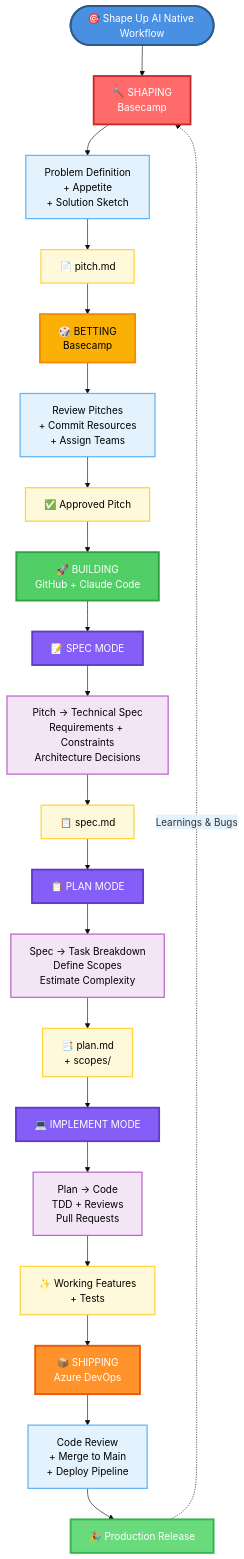
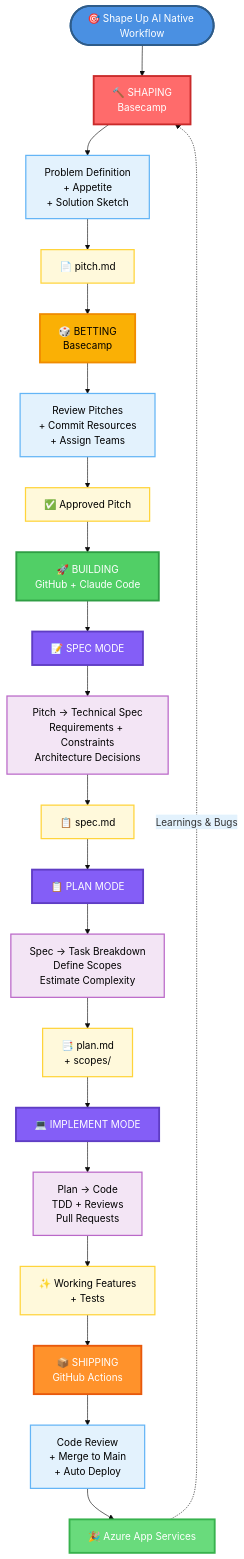
Before and after one commit to sergiolindolfoferreira/shape-up-ai-native: the diagram in assets/workflow-diagram.mmd, drawn with Mermaid. The commit also changed 3 other files, not shown here.

First line of the commit message:
Fix SHIPPING phase: Azure DevOps → GitHub Actions + Azure App Services

```diff
--- a/assets/workflow-diagram.mmd
+++ b/assets/workflow-diagram.mmd
@@ -1,52 +1,52 @@
 %%{init: {'theme':'base', 'themeVariables': { 'primaryColor':'#FFE5B4','secondaryColor':'#E3F2FD','tertiaryColor':'#F3E5F5','primaryBorderColor':'#FF6B6B','secondaryBorderColor':'#4ECDC4','tertiaryBorderColor':'#95E1D3'}}}%%
 
 graph TD
     Start([🎯 Shape Up AI Native Workflow]):::startNode
     
     %% SHAPING PHASE
     Start --> Shaping[🔨 SHAPING<br/>Basecamp]:::shapingNode
     Shaping --> ShapingWork[Problem Definition<br/>+ Appetite<br/>+ Solution Sketch]:::workNode
     ShapingWork --> PitchOut[📄 pitch.md]:::artifactNode
     
     %% BETTING PHASE
     PitchOut --> Betting[🎲 BETTING<br/>Basecamp]:::bettingNode
     Betting --> BettingWork[Review Pitches<br/>+ Commit Resources<br/>+ Assign Teams]:::workNode
     BettingWork --> ApprovedPitch[✅ Approved Pitch]:::artifactNode
     
     %% BUILDING PHASE (Claude Code)
     ApprovedPitch --> Building[🚀 BUILDING<br/>GitHub + Claude Code]:::buildingNode
     
     %% SPEC MODE
     Building --> SpecMode[📝 SPEC MODE]:::claudeNode
     SpecMode --> SpecWork[Pitch → Technical Spec<br/>Requirements + Constraints<br/>Architecture Decisions]:::claudeWork
     SpecWork --> SpecOut[📋 spec.md]:::artifactNode
     
     %% PLAN MODE
     SpecOut --> PlanMode[📋 PLAN MODE]:::claudeNode
     PlanMode --> PlanWork[Spec → Task Breakdown<br/>Define Scopes<br/>Estimate Complexity]:::claudeWork
     PlanWork --> PlanOut[📑 plan.md<br/>+ scopes/]:::artifactNode
     
     %% IMPLEMENT MODE
     PlanOut --> ImplMode[💻 IMPLEMENT MODE]:::claudeNode
     ImplMode --> ImplWork[Plan → Code<br/>TDD + Reviews<br/>Pull Requests]:::claudeWork
     ImplWork --> ImplOut[✨ Working Features<br/>+ Tests]:::artifactNode
     
     %% SHIPPING PHASE
-    ImplOut --> Shipping[📦 SHIPPING<br/>Azure DevOps]:::shippingNode
-    Shipping --> ShipWork[Code Review<br/>+ Merge to Main<br/>+ Deploy Pipeline]:::workNode
-    ShipWork --> Release[🎉 Production Release]:::releaseNode
+    ImplOut --> Shipping[📦 SHIPPING<br/>GitHub Actions]:::shippingNode
+    Shipping --> ShipWork[Code Review<br/>+ Merge to Main<br/>+ Auto Deploy]:::workNode
+    ShipWork --> Release[🎉 Azure App Services]:::releaseNode
     
     %% Cooldown feedback loop
     Release -.->|Learnings & Bugs| Shaping
     
     %% STYLE DEFINITIONS
     classDef startNode fill:#4A90E2,stroke:#2E5C8A,stroke-width:3px,color:#fff
     classDef shapingNode fill:#FF6B6B,stroke:#C92A2A,stroke-width:3px,color:#fff
     classDef bettingNode fill:#FAB005,stroke:#F08C00,stroke-width:3px,color:#000
     classDef buildingNode fill:#51CF66,stroke:#2F9E44,stroke-width:3px,color:#fff
     classDef claudeNode fill:#845EF7,stroke:#5F3DC4,stroke-width:3px,color:#fff
     classDef shippingNode fill:#FF922B,stroke:#E8590C,stroke-width:3px,color:#fff
     classDef workNode fill:#E3F2FD,stroke:#64B5F6,stroke-width:2px,color:#000
     classDef claudeWork fill:#F3E5F5,stroke:#BA68C8,stroke-width:2px,color:#000
     classDef artifactNode fill:#FFF9DB,stroke:#FFD43B,stroke-width:2px,color:#000
     classDef releaseNode fill:#69DB7C,stroke:#37B24D,stroke-width:3px,color:#fff
```
